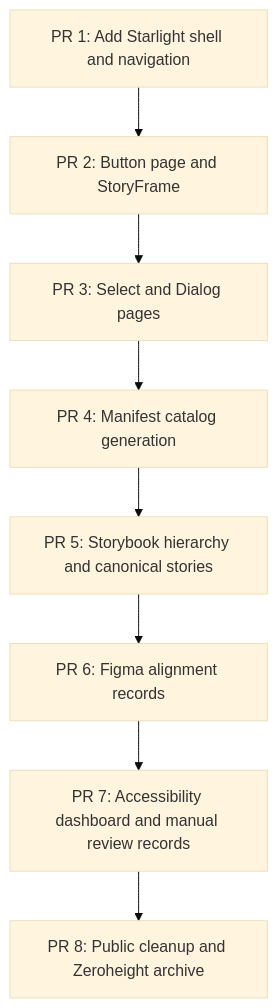
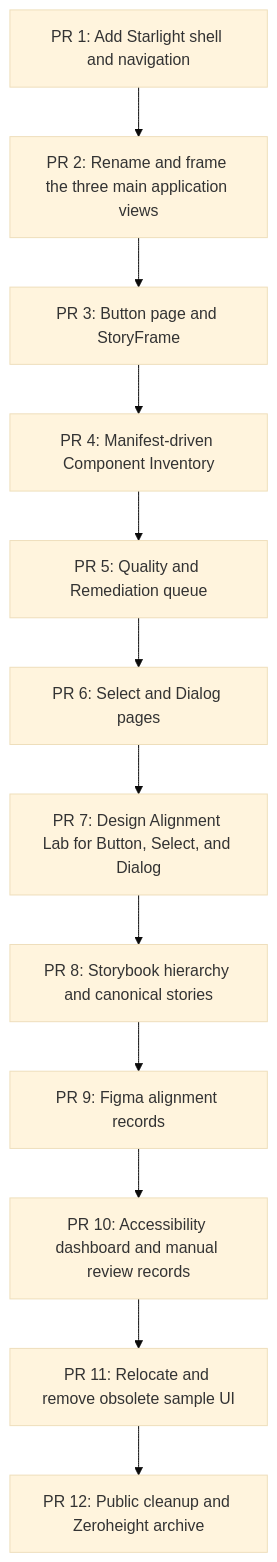
The diagram in docs/documentation-upgrade/11-prioritized-backlog.md (JeffreySanford/public-sector-federation), drawn with Mermaid (base theme) before and after one commit. The commit also changed other lines of this file, not shown here.

Commit message:
docs: add three-view application upgrade to prioritized backlog

````diff
--- a/docs/documentation-upgrade/11-prioritized-backlog.md
+++ b/docs/documentation-upgrade/11-prioritized-backlog.md
@@ -226,10 +294,14 @@
 ```mermaid
 flowchart TD
-  PR1[PR 1: Add Starlight shell and navigation] --> PR2[PR 2: Button page and StoryFrame]
-  PR2 --> PR3[PR 3: Select and Dialog pages]
-  PR3 --> PR4[PR 4: Manifest catalog generation]
-  PR4 --> PR5[PR 5: Storybook hierarchy and canonical stories]
-  PR5 --> PR6[PR 6: Figma alignment records]
-  PR6 --> PR7[PR 7: Accessibility dashboard and manual review records]
-  PR7 --> PR8[PR 8: Public cleanup and Zeroheight archive]
+  PR1[PR 1: Add Starlight shell and navigation] --> PR2[PR 2: Rename and frame the three main application views]
+  PR2 --> PR3[PR 3: Button page and StoryFrame]
+  PR3 --> PR4[PR 4: Manifest-driven Component Inventory]
+  PR4 --> PR5[PR 5: Quality and Remediation queue]
+  PR5 --> PR6[PR 6: Select and Dialog pages]
+  PR6 --> PR7[PR 7: Design Alignment Lab for Button, Select, and Dialog]
+  PR7 --> PR8[PR 8: Storybook hierarchy and canonical stories]
+  PR8 --> PR9[PR 9: Figma alignment records]
+  PR9 --> PR10[PR 10: Accessibility dashboard and manual review records]
+  PR10 --> PR11[PR 11: Relocate and remove obsolete sample UI]
+  PR11 --> PR12[PR 12: Public cleanup and Zeroheight archive]
 ```
````
